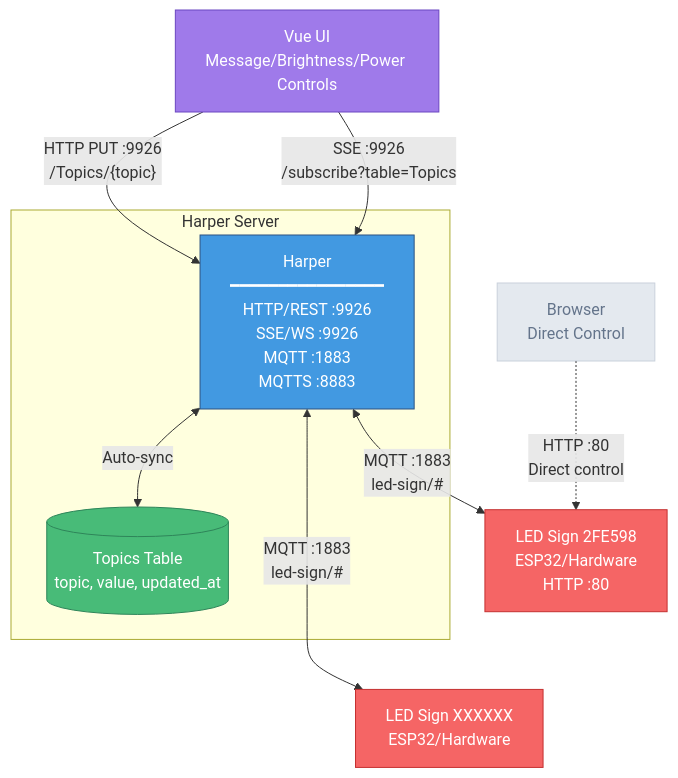
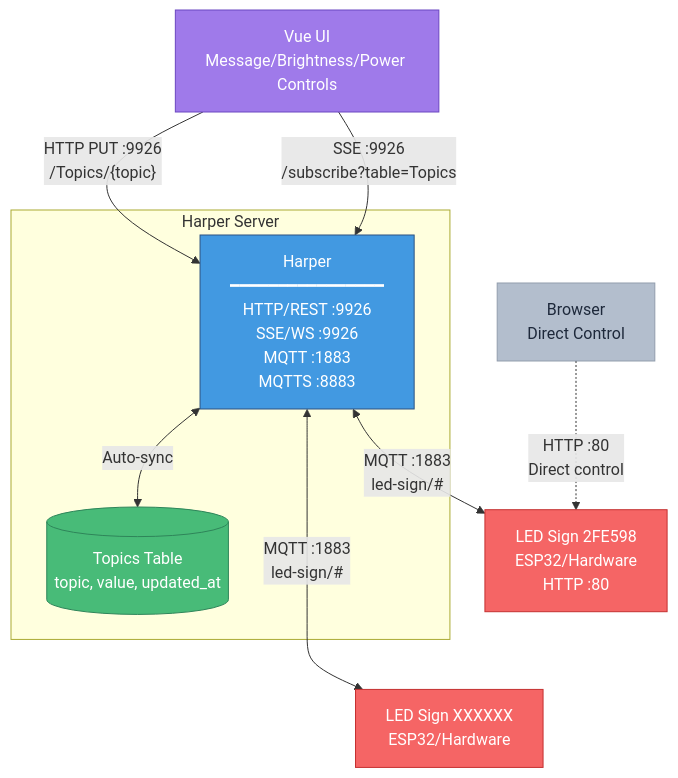
Before and after one commit to HarperFast/realtime-pubsub-example: the diagram in README.md, drawn with Mermaid.

Commit message:
Improve contrast on Browser box for better readability
Visual Improvements:
- Darker fill: #cbd5e1 → #94a3b8 (medium gray)
- Darker stroke: #94a3b8 → #64748b (darker gray border)
- Much darker text: #64748b → #1e293b (dark slate, highly readable)
- Increased opacity: 0.5 → 0.7 (less faded)

Result:
- Text is now clearly readable
- Box still visually de-emphasized compared to primary components
- Better balance between visibility and secondary importance

````diff
--- a/README.md
+++ b/README.md
@@ -17,28 +17,28 @@
 ```mermaid
 graph TB
     UI[Vue UI<br/>Message/Brightness/Power Controls]
 
     subgraph "Harper Server"
         HARPER["Harper<br/>━━━━━━━━━━━━━━━━<br/>HTTP/REST :9926<br/>SSE/WS :9926<br/>MQTT :1883<br/>MQTTS :8883"]
         DB[(Topics Table<br/>topic, value, updated_at)]
         HARPER <-->|Auto-sync| DB
     end
 
     SIGN1[LED Sign 2FE598<br/>ESP32/Hardware<br/>HTTP :80]
     SIGN2[LED Sign XXXXXX<br/>ESP32/Hardware]
     BROWSER[Browser<br/>Direct Control]
 
     UI -->|"HTTP PUT :9926<br/>/Topics/{topic}"| HARPER
     UI -->|"SSE :9926<br/>/subscribe?table=Topics"| HARPER
     HARPER <-->|"MQTT :1883<br/>led-sign/#"| SIGN1
     HARPER <-->|"MQTT :1883<br/>led-sign/#"| SIGN2
     BROWSER -.->|"HTTP :80<br/>Direct control"| SIGN1
     SIGN1 ~~~ SIGN2
 
     style UI fill:#9f7aea,stroke:#6b46c1,color:#fff
     style HARPER fill:#4299e1,stroke:#2c5282,color:#fff
     style DB fill:#48bb78,stroke:#2f855a,color:#fff
     style SIGN1 fill:#f56565,stroke:#c53030,color:#fff
     style SIGN2 fill:#f56565,stroke:#c53030,color:#fff
-    style BROWSER fill:#cbd5e1,stroke:#94a3b8,color:#64748b,opacity:0.5
+    style BROWSER fill:#94a3b8,stroke:#64748b,color:#1e293b,opacity:0.7
 ```
````
